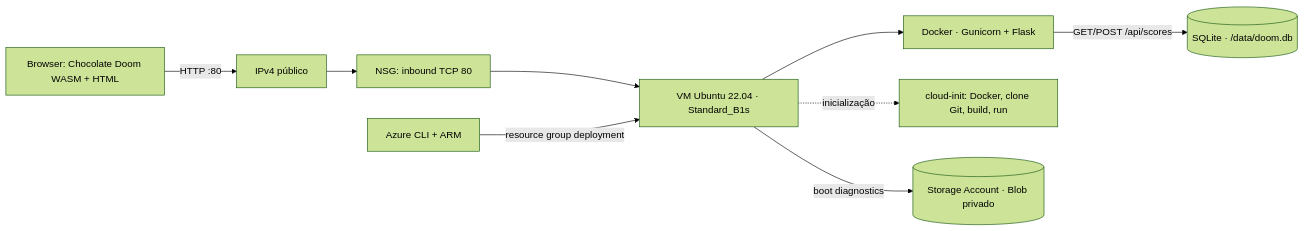
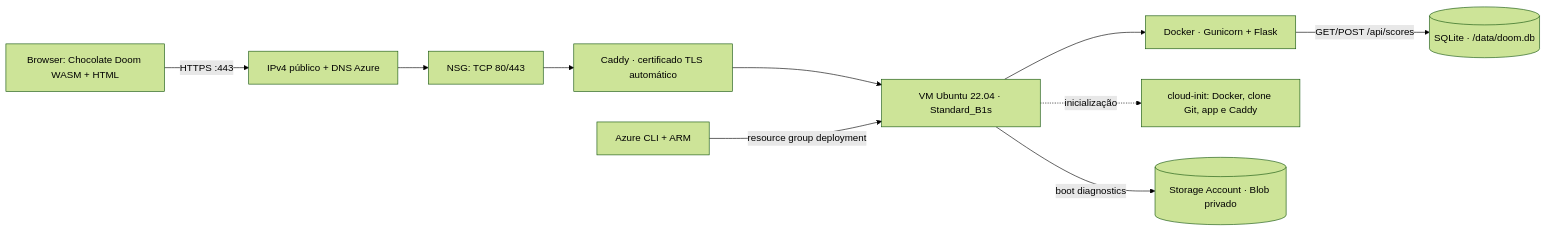
One commit to felipinhobgtom/hellfire-azure-doom changed the first of 3 diagrams in docs/relatorio.md. Above: the diagram before and after it, drawn with Mermaid (forest theme). The commit also changed other lines of this file and 7 other files, not shown here.

Commit message:
Serve direct Doom gameplay over HTTPS

````diff
--- a/docs/relatorio.md
+++ b/docs/relatorio.md
@@ -14,11 +14,12 @@
 ```mermaid
 flowchart LR
-    B[Browser: Chocolate Doom WASM + HTML] -->|HTTP :80| P[IPv4 público]
-    P --> N[NSG: inbound TCP 80]
-    N --> V[VM Ubuntu 22.04 · Standard_B1s]
+    B[Browser: Chocolate Doom WASM + HTML] -->|HTTPS :443| P[IPv4 público + DNS Azure]
+    P --> N[NSG: TCP 80/443]
+    N --> C[Caddy · certificado TLS automático]
+    C --> V[VM Ubuntu 22.04 · Standard_B1s]
     V --> D[Docker · Gunicorn + Flask]
     D -->|GET/POST /api/scores| S[(SQLite · /data/doom.db)]
-    V -. inicialização .-> C[cloud-init: Docker, clone Git, build, run]
+    V -. inicialização .-> I[cloud-init: Docker, clone Git, app e Caddy]
     V -->|boot diagnostics| A[(Storage Account · Blob privado)]
     T[Azure CLI + ARM] -->|resource group deployment| V
 ```
````
